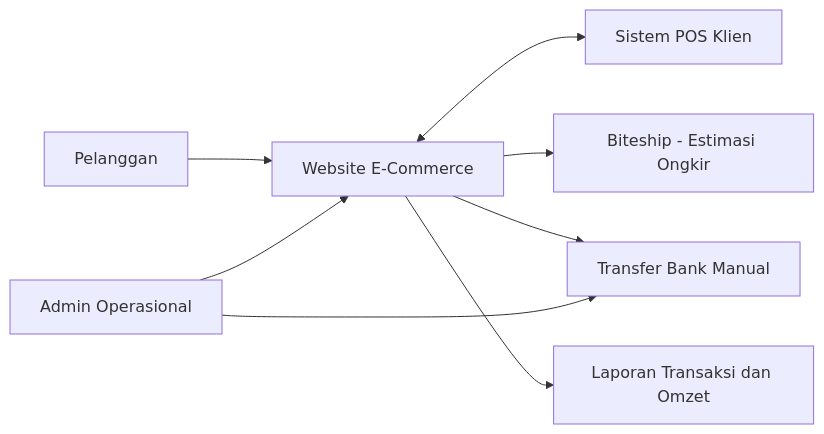
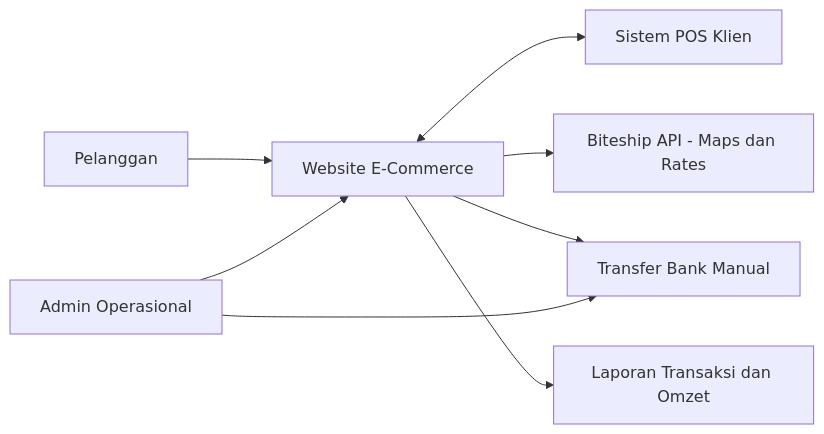
Before and after one commit to Webekspres/pixel-komunika: the first of 4 diagrams in docs/requirements/BRD.md, drawn with Mermaid. The commit also changed other lines of this file and 6 other files, not shown here.

Commit message:
docs: define Biteship Maps and Rates integration

````diff
--- a/docs/requirements/BRD.md
+++ b/docs/requirements/BRD.md
@@ -214,10 +215,10 @@
 ```mermaid
 flowchart LR
     Customer[Pelanggan] --> Web[Website E-Commerce]
     Admin[Admin Operasional] --> Web
     Web <--> POS[Sistem POS Klien]
-    Web --> Biteship[Biteship - Estimasi Ongkir]
+    Web --> Biteship[Biteship API - Maps dan Rates]
     Web --> Bank[Transfer Bank Manual]
     Admin --> Bank
     Web --> Report[Laporan Transaksi dan Omzet]
 ```
````
